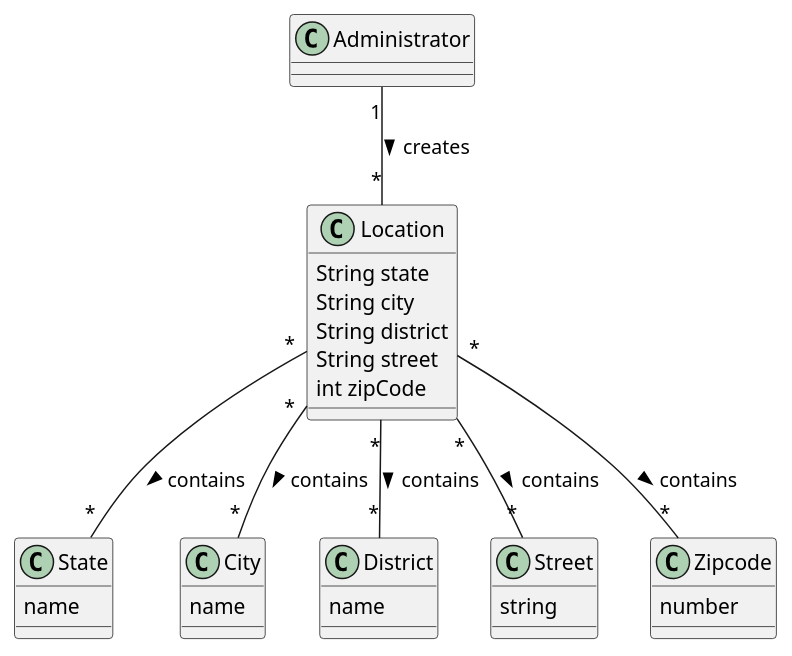
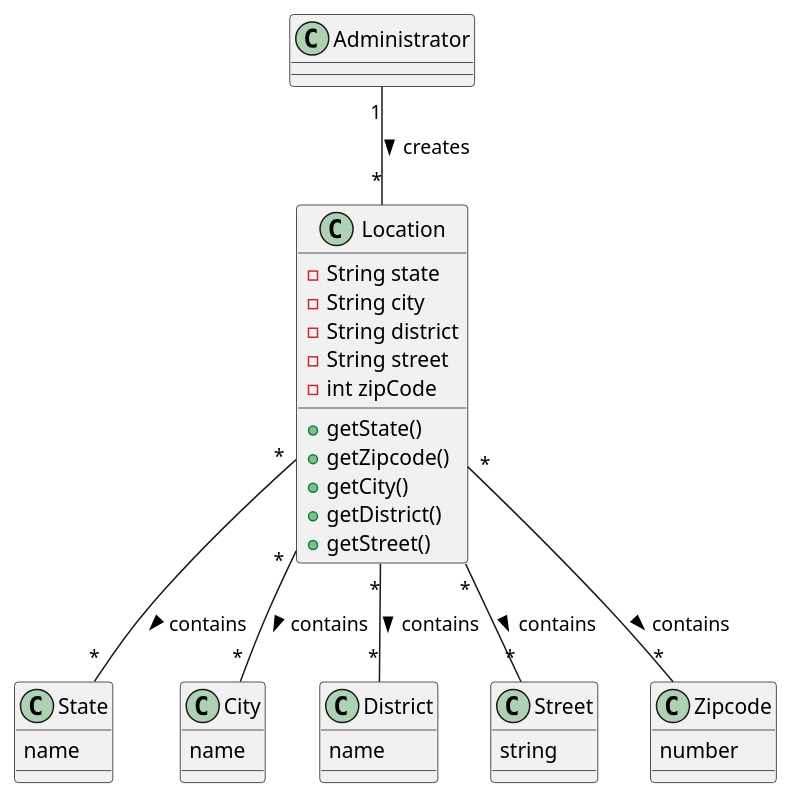
The diagram in docs/sprintB/US006/02.analysis/puml/DM.puml (tiagohcorreia/LAPR2), drawn with PlantUML before and after one commit.

```diff
--- a/docs/sprintB/US006/02.analysis/puml/DM.puml
+++ b/docs/sprintB/US006/02.analysis/puml/DM.puml
@@ -1,42 +1,49 @@
 @startuml
 class Administrator {
 
 }
 
 class Location{
-String state
-String city
-String district
-String street
-int zipCode
+-String state
+-String city
+-String district
+-String street
+-int zipCode
++getState()
++getZipcode()
++getCity()
++getDistrict()
++getStreet()
+
+
 }
 
 class State{
 name
 }
 
 class City{
 name
 }
 
 class District{
 name
 }
 
 class Street{
 string
 }
 
 class Zipcode{
 number
 }
 
 
 Administrator "1" -- "*" Location: creates >
 Location "*" -- "*" State: contains >
 Location "*" -- "*" City: contains >
 Location "*" -- "*" District: contains >
 Location "*" -- "*" Street: contains >
 Location "*" -- "*" Zipcode: contains >
 
 @enduml
```
